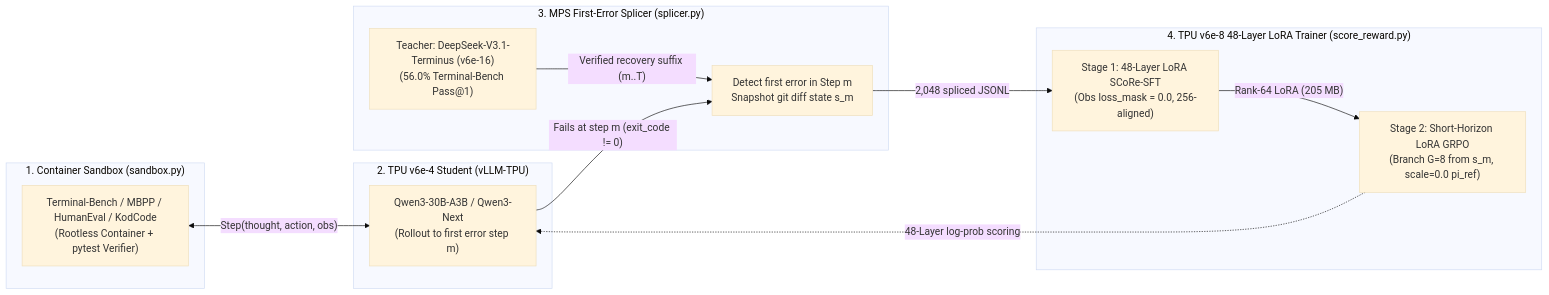
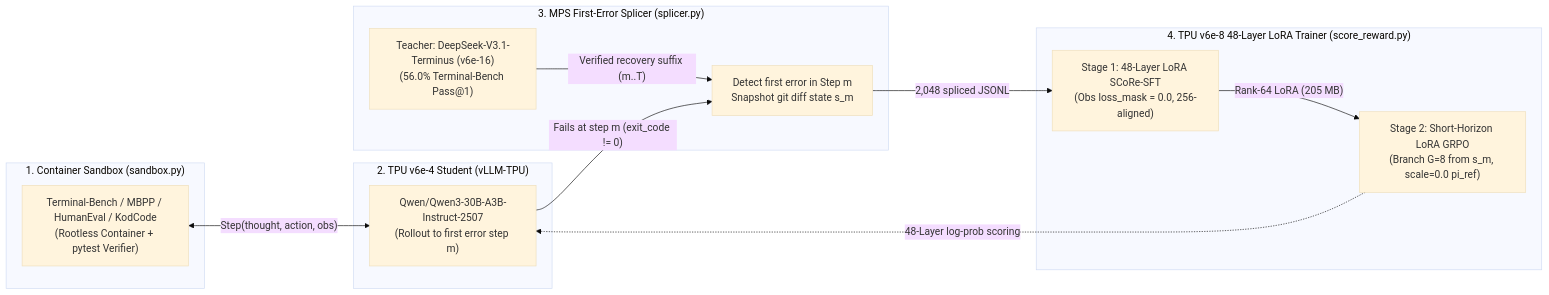
Before and after one commit to jawadaminGOOG/tpu-distil: the diagram in docs/ARCHITECTURE.md, drawn with Mermaid (base theme). The commit also changed other lines of this file and 5 other files, not shown here.

Commit message:
Align student model (Qwen/Qwen3-30B-A3B-Instruct-2507) and teacher (deepseek-ai/DeepSeek-V3.1-Terminus) across docs and poster

````diff
--- a/docs/ARCHITECTURE.md
+++ b/docs/ARCHITECTURE.md
@@ -35,27 +37,27 @@
 ```mermaid
 flowchart LR
     subgraph Env["1. Container Sandbox (sandbox.py)"]
         TB["Terminal-Bench / MBPP / HumanEval / KodCode\n(Rootless Container + pytest Verifier)"]
     end
 
     subgraph Student["2. TPU v6e-4 Student (vLLM-TPU)"]
-        Q3["Qwen3-30B-A3B / Qwen3-Next\n(Rollout to first error step m)"]
+        Q3["Qwen/Qwen3-30B-A3B-Instruct-2507\n(Rollout to first error step m)"]
     end
 
     subgraph Splicer["3. MPS First-Error Splicer (splicer.py)"]
         MPS["Detect first error in Step m\nSnapshot git diff state s_m"]
         T["Teacher: DeepSeek-V3.1-Terminus (v6e-16)\n(56.0% Terminal-Bench Pass@1)"]
     end
 
     subgraph Trainer["4. TPU v6e-8 48-Layer LoRA Trainer (score_reward.py)"]
         SFT["Stage 1: 48-Layer LoRA SCoRe-SFT\n(Obs loss_mask = 0.0, 256-aligned)"]
         RL["Stage 2: Short-Horizon LoRA GRPO\n(Branch G=8 from s_m, scale=0.0 pi_ref)"]
     end
 
     TB <-->|"Step(thought, action, obs)"| Q3
     Q3 -->|"Fails at step m (exit_code != 0)"| MPS
     T -->|"Verified recovery suffix (m..T)"| MPS
     MPS -->|"2,048 spliced JSONL"| SFT
     SFT -->|"Rank-64 LoRA (205 MB)"| RL
     RL -.->|"48-Layer log-prob scoring"| Q3
 ```
````
